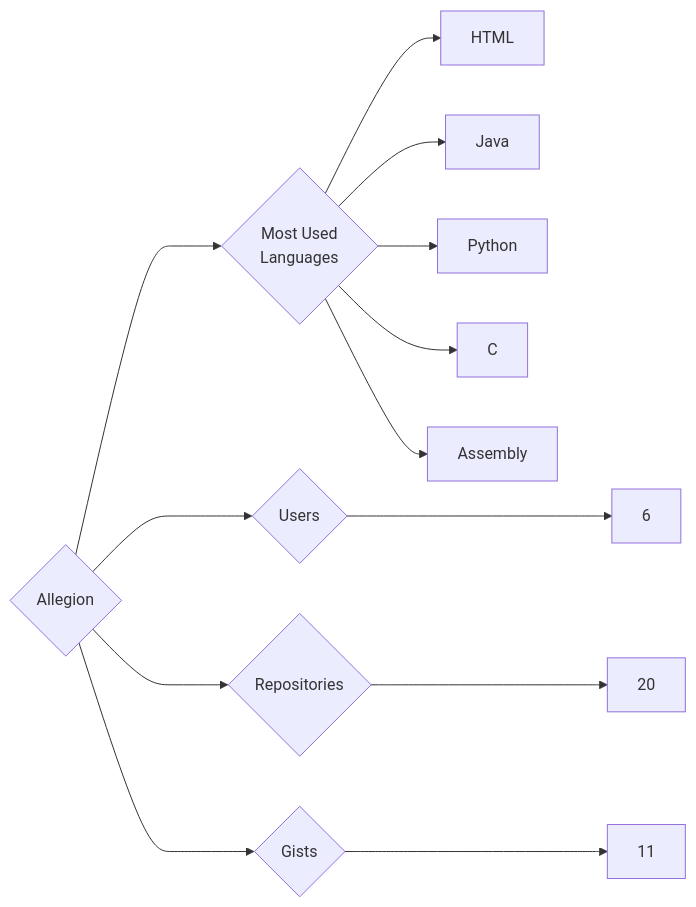
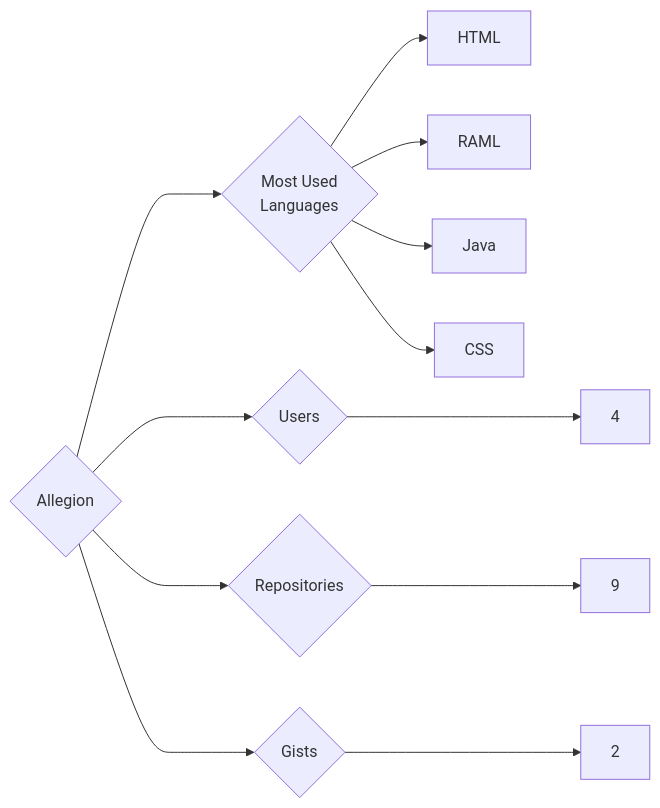
One commit to trickest/insiders changed the diagram in targets/Allegion/README.md. Above: the diagram before and after it, drawn with Mermaid. The commit also changed 998 other files, not shown here.

````diff
--- a/targets/Allegion/README.md
+++ b/targets/Allegion/README.md
@@ -3,13 +3,12 @@
 ```mermaid
 graph LR
 COMPANY_NAME{Allegion}
-COMPANY_NAME ---> U{Users} ---> UN[6]
-COMPANY_NAME ---> R{Repositories} ---> RN[20]
-COMPANY_NAME ---> G{Gists} ---> GN[11]
+COMPANY_NAME ---> U{Users} ---> UN[4]
+COMPANY_NAME ---> R{Repositories} ---> RN[9]
+COMPANY_NAME ---> G{Gists} ---> GN[2]
 COMPANY_NAME ---> ML{Most Used<br>Languages}
 ML --> HTML[HTML]
+ML --> RAML[RAML]
 ML --> Java[Java]
-ML --> Python[Python]
-ML --> C[C]
-ML --> Assembly[Assembly]
+ML --> CSS[CSS]
 ```
````
